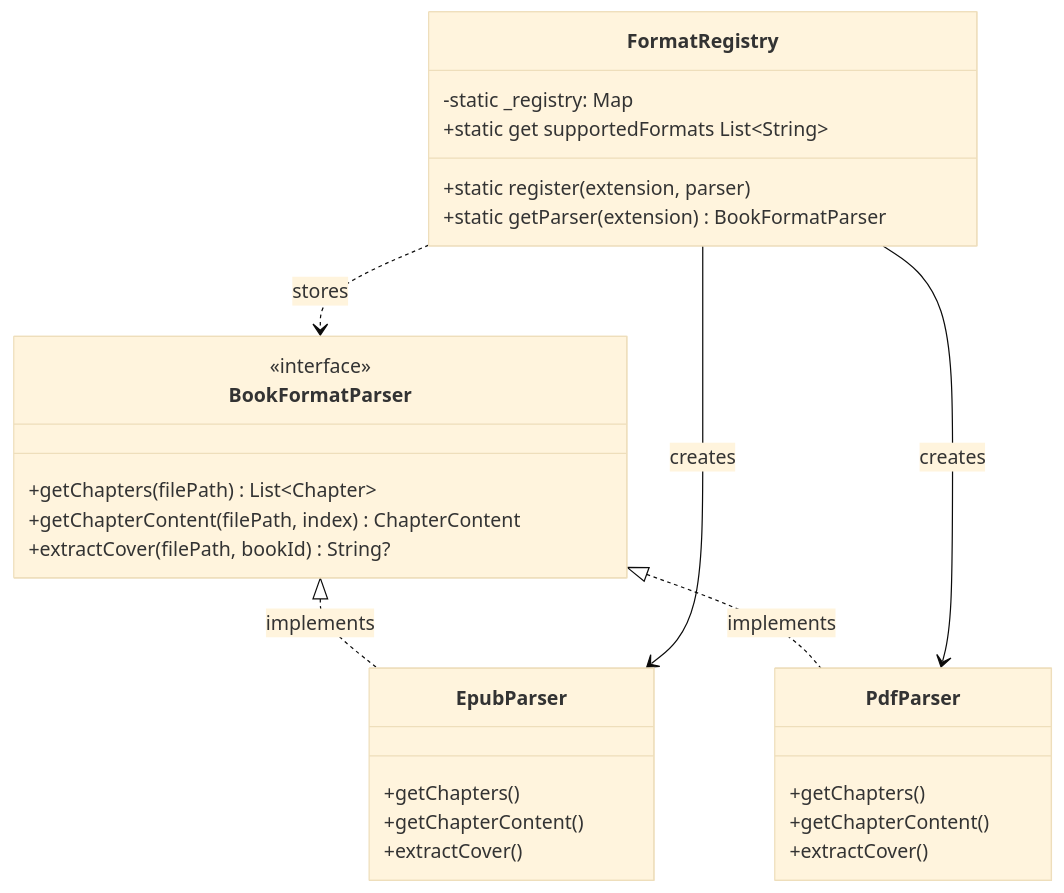
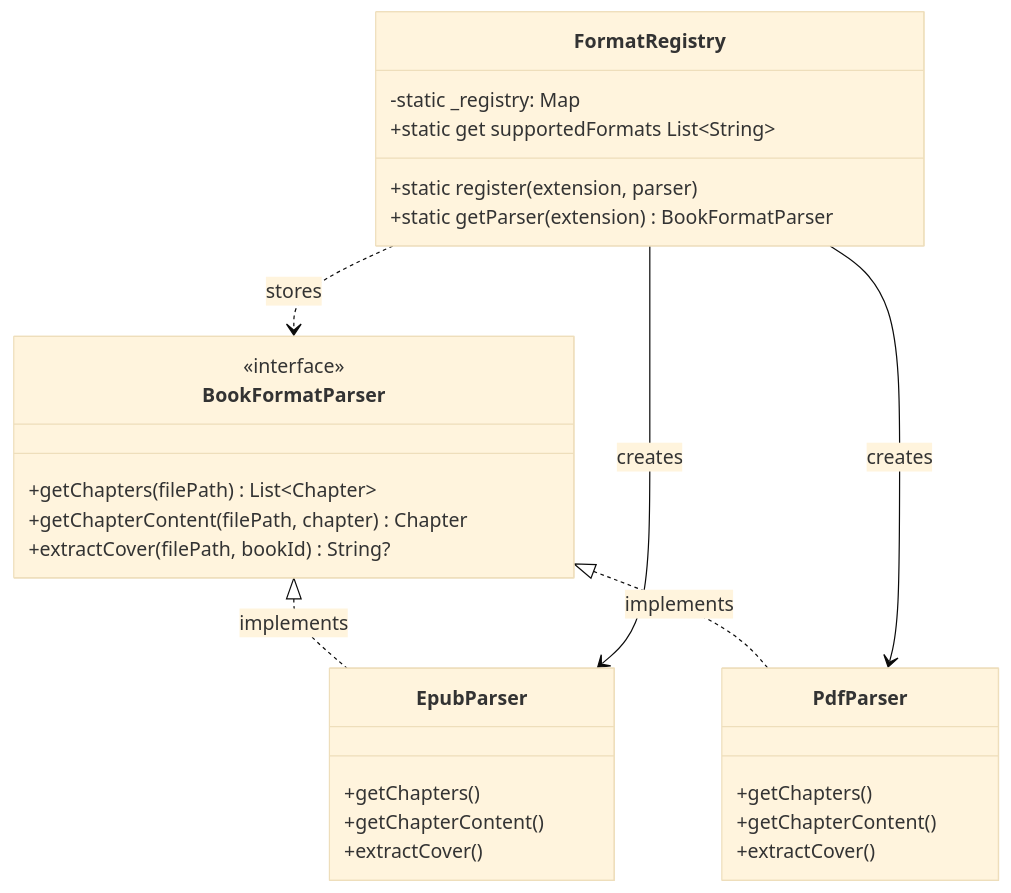
One commit to jjzhang2000/zhidu changed the tenth of 11 diagrams in docs/function_call_relationships_visual.md. Above: the diagram before and after it, drawn with Mermaid (base theme). The commit also changed other lines of this file and 18 other files, not shown here.

````diff
--- a/docs/function_call_relationships_visual.md
+++ b/docs/function_call_relationships_visual.md
@@ -486,34 +484,34 @@
 ```mermaid
 classDiagram
     class BookFormatParser {
         <<interface>>
         +getChapters(filePath) List~Chapter~
-        +getChapterContent(filePath, index) ChapterContent
+        +getChapterContent(filePath, chapter) Chapter
         +extractCover(filePath, bookId) String?
     }
 
     class EpubParser {
         +getChapters()
         +getChapterContent()
         +extractCover()
     }
 
     class PdfParser {
         +getChapters()
         +getChapterContent()
         +extractCover()
     }
 
     class FormatRegistry {
         -static _registry: Map
         +static register(extension, parser)
         +static getParser(extension) BookFormatParser
         +static get supportedFormats List~String~
     }
 
     BookFormatParser <|.. EpubParser : implements
     BookFormatParser <|.. PdfParser : implements
     FormatRegistry ..> BookFormatParser : stores
     FormatRegistry --> EpubParser : creates
     FormatRegistry --> PdfParser : creates
 ```
````
